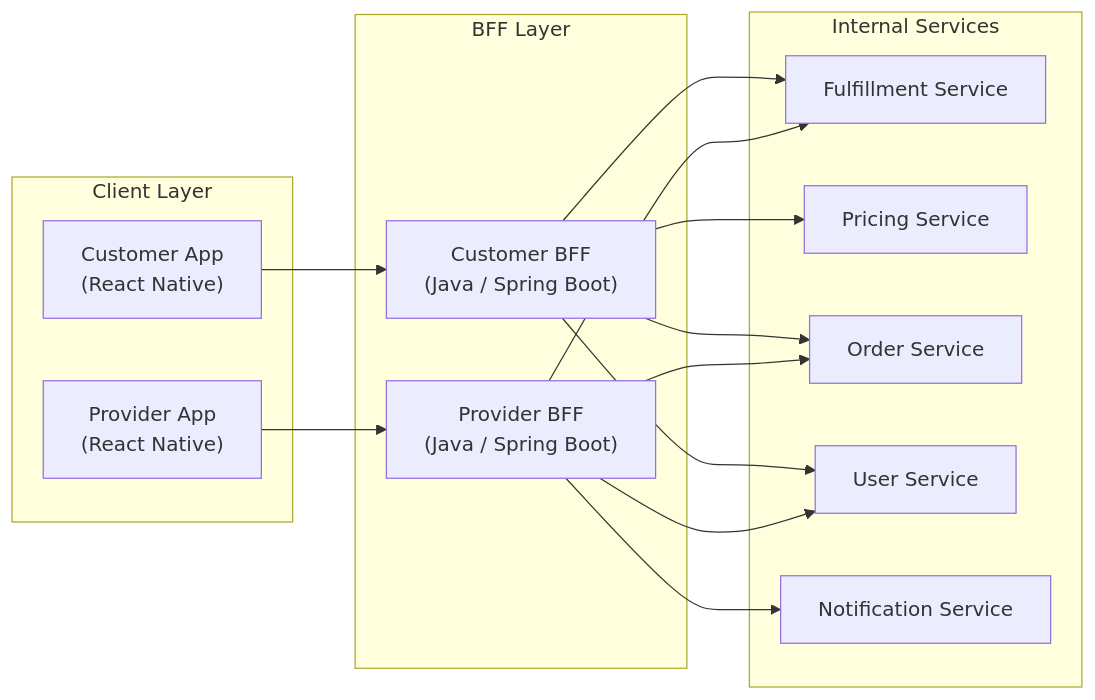
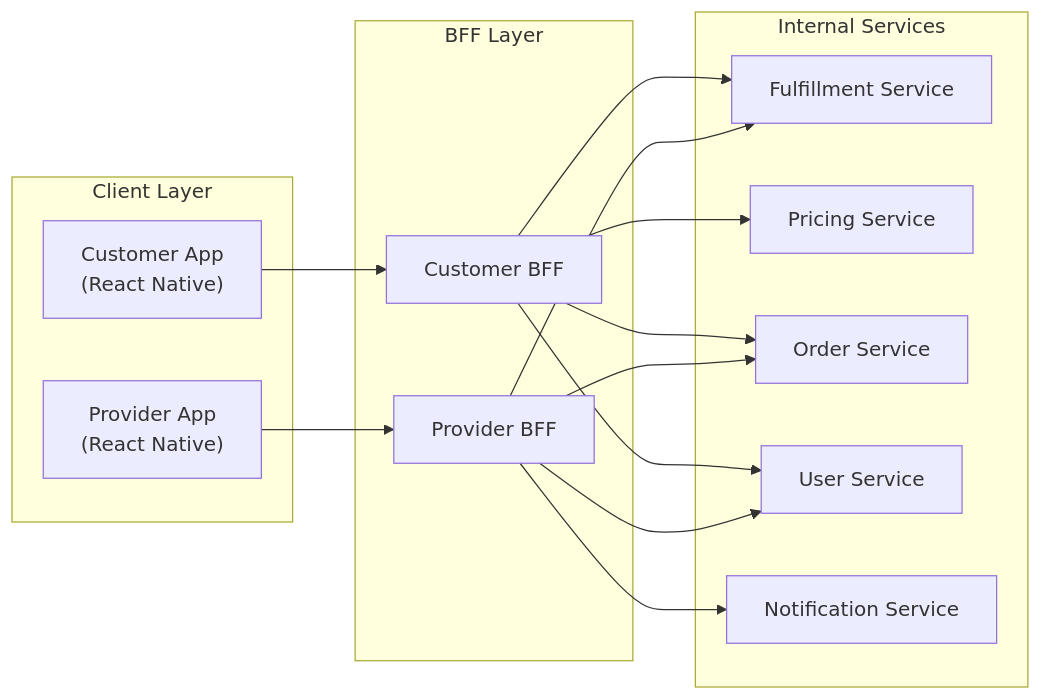
Before and after one commit to rishikeshdhokare/platform-manifesto: the first of 5 diagrams in 09-mobile-and-frontend/01-mobile-standards.md, drawn with Mermaid. The commit also changed other lines of this file and 64 other files, not shown here.

````diff
--- a/09-mobile-and-frontend/01-mobile-standards.md
+++ b/09-mobile-and-frontend/01-mobile-standards.md
@@ -68,31 +68,31 @@
 ```mermaid
 flowchart LR
     subgraph "Client Layer"
         RA["Customer App\n(React Native)"]
         DA["Provider App\n(React Native)"]
     end
 
     subgraph "BFF Layer"
-        RBFF["Customer BFF\n(Java / Spring Boot)"]
-        DBFF["Provider BFF\n(Java / Spring Boot)"]
+        RBFF["Customer BFF"]
+        DBFF["Provider BFF"]
     end
 
     subgraph "Internal Services"
         MS["Fulfillment Service"]
         PS["Pricing Service"]
         TS["Order Service"]
         US["User Service"]
         NS["Notification Service"]
     end
 
     RA --> RBFF
     DA --> DBFF
     RBFF --> MS
     RBFF --> PS
     RBFF --> TS
     RBFF --> US
     DBFF --> MS
     DBFF --> TS
     DBFF --> US
     DBFF --> NS
 ```
````
